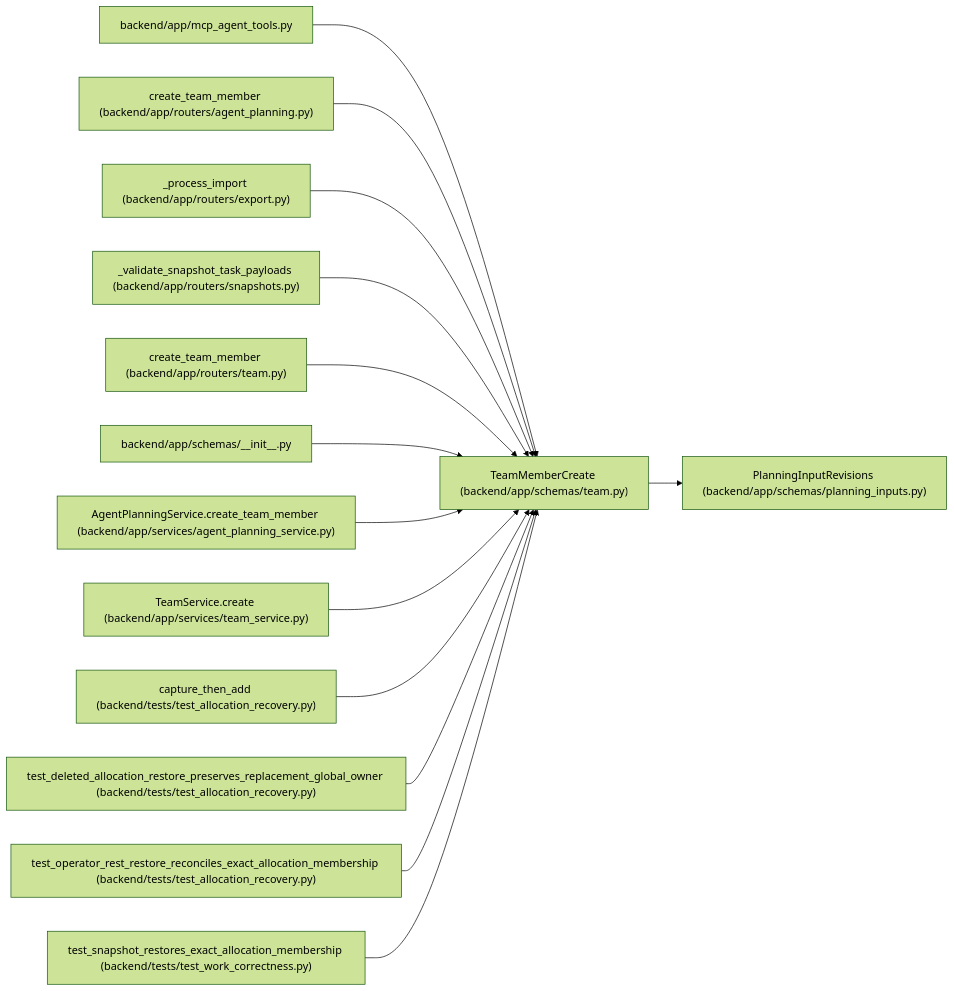
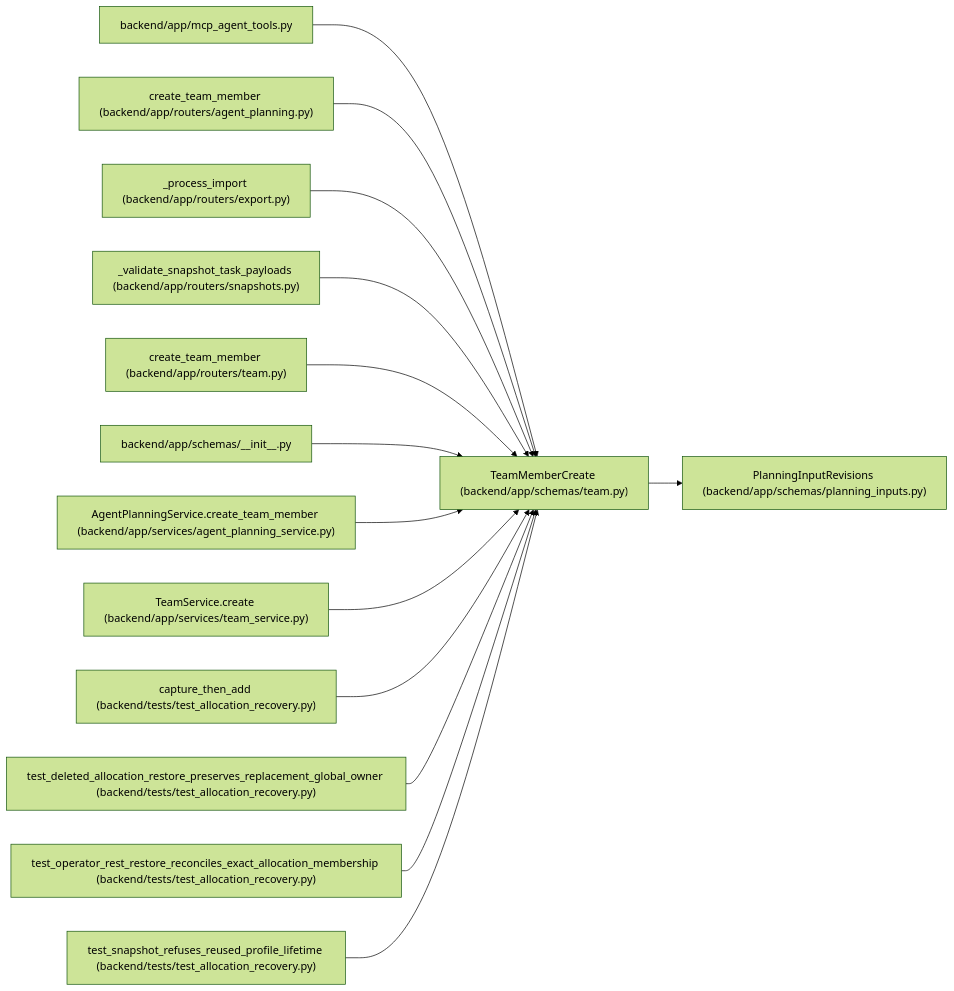
One commit to Denissvgn/WorkChord changed the diagram in docs/llm_wiki/entities/schemas_team_TeamMemberCreate.md. Above: the diagram before and after it, drawn with Mermaid (forest theme). The commit also changed other lines of this file and 383 other files, not shown here.

````diff
--- a/docs/llm_wiki/entities/schemas_team_TeamMemberCreate.md
+++ b/docs/llm_wiki/entities/schemas_team_TeamMemberCreate.md
@@ -31,44 +31,44 @@
 ```mermaid
 flowchart LR
     n0["TeamMemberCreate (backend/app/schemas/team.py)"]
     n1["PlanningInputRevisions (backend/app/schemas/planning_inputs.py)"]
     n2["backend/app/mcp_agent_tools.py"]
     n3["create_team_member (backend/app/routers/agent_planning.py)"]
     n4["_process_import (backend/app/routers/export.py)"]
     n5["_validate_snapshot_task_payloads (backend/app/routers/snapshots.py)"]
     n6["create_team_member (backend/app/routers/team.py)"]
     n7["backend/app/schemas/__init__.py"]
     n8["AgentPlanningService.create_team_member (backend/app/services/agent_planning_service.py)"]
     n9["TeamService.create (backend/app/services/team_service.py)"]
     n10["capture_then_add (backend/tests/test_allocation_recovery.py)"]
     n11["test_deleted_allocation_restore_preserves_replacement_global_owner (backend/tests/test_allocation_recovery.py)"]
     n12["test_operator_rest_restore_reconciles_exact_allocation_membership (backend/tests/test_allocation_recovery.py)"]
-    n13["test_snapshot_restores_exact_allocation_membership (backend/tests/test_work_correctness.py)"]
+    n13["test_snapshot_refuses_reused_profile_lifetime (backend/tests/test_allocation_recovery.py)"]
     n0 --> n1
     n2 --> n0
     n3 --> n0
     n4 --> n0
     n5 --> n0
     n6 --> n0
     n7 --> n0
     n8 --> n0
     n9 --> n0
     n10 --> n0
     n11 --> n0
     n12 --> n0
     n13 --> n0
     click n0 "../modules/schemas_team.md"
     click n1 "../modules/planning_inputs.md"
     click n2 "../modules/mcp_agent_tools.md"
     click n3 "../modules/routers_agent_planning.md"
     click n4 "../modules/export.md"
     click n5 "../modules/snapshots.md"
     click n6 "../modules/routers_team.md"
     click n7 "../modules/schemas___init__.md"
     click n8 "../modules/agent_planning_service.md"
     click n9 "../modules/team_service.md"
     click n10 "../modules/test_allocation_recovery.md"
     click n11 "../modules/test_allocation_recovery.md"
     click n12 "../modules/test_allocation_recovery.md"
-    click n13 "../modules/test_work_correctness.md"
+    click n13 "../modules/test_allocation_recovery.md"
 ```
````
